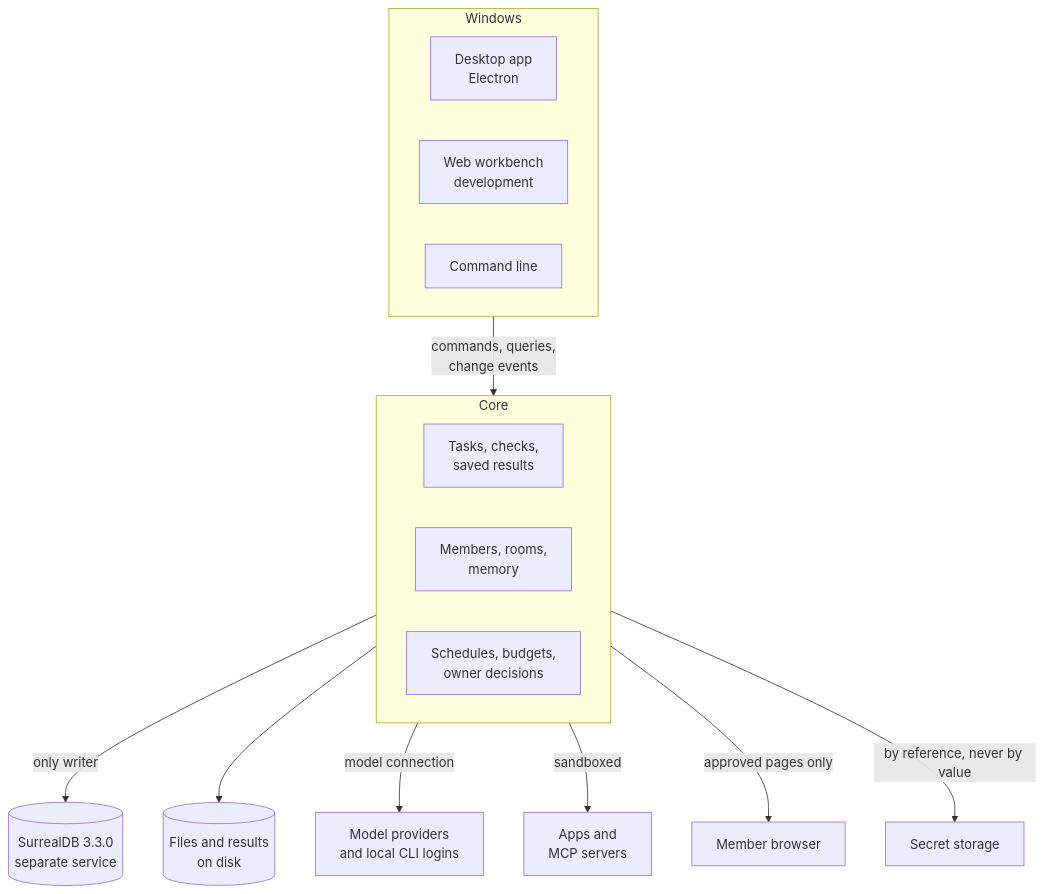
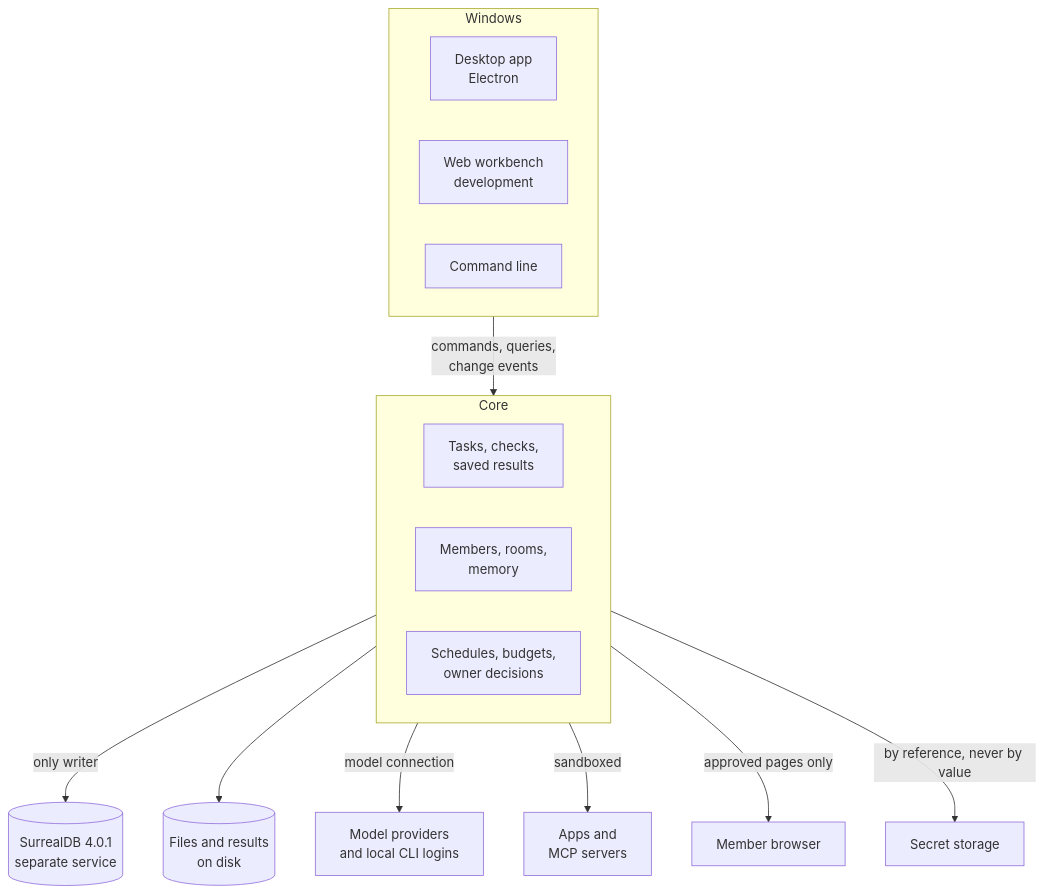
The first of 2 diagrams in docs/architecture/README.md (jabdori/massion), drawn with Mermaid before and after one commit. The commit also changed 23 other files, not shown here.

````diff
--- a/docs/architecture/README.md
+++ b/docs/architecture/README.md
@@ -9,20 +9,20 @@
 ```mermaid
 flowchart TD
   subgraph windows [Windows]
     desktop[Desktop app<br/>Electron]
     web[Web workbench<br/>development]
     cli[Command line]
   end
   windows -->|commands, queries,<br/>change events| core
   subgraph core [Core]
     work[Tasks, checks,<br/>saved results]
     org[Members, rooms,<br/>memory]
     sched[Schedules, budgets,<br/>owner decisions]
   end
-  core -->|only writer| db[(SurrealDB 3.3.0<br/>separate service)]
+  core -->|only writer| db[(SurrealDB 4.0.1<br/>separate service)]
   core --> files[(Files and results<br/>on disk)]
   core -->|model connection| models[Model providers<br/>and local CLI logins]
   core -->|sandboxed| apps[Apps and<br/>MCP servers]
   core -->|approved pages only| browser[Member browser]
   core -->|by reference, never by value| secrets[Secret storage]
 ```
````
